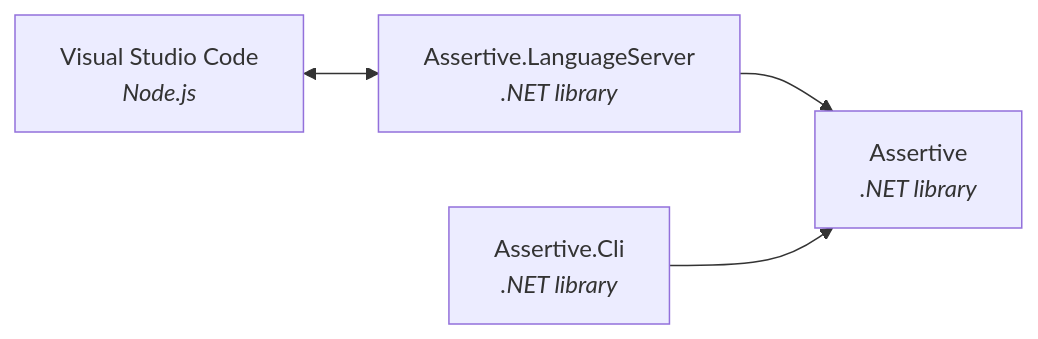
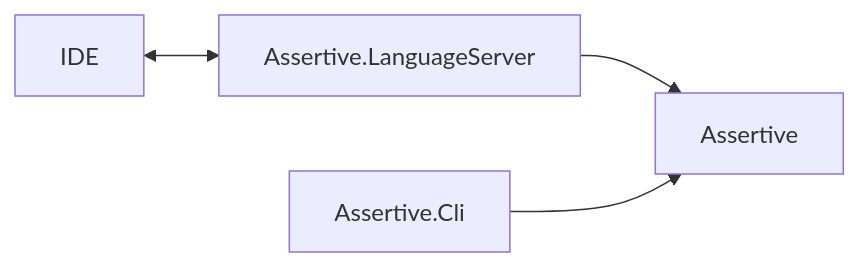
One commit to Jokelab/Assertive.Docs changed the diagram in Technology.md. Above: the diagram before and after it, drawn with Mermaid.

Commit message:
Update mermaid diagram

````diff
--- a/Technology.md
+++ b/Technology.md
@@ -9,20 +9,6 @@
 ```mermaid
 graph LR
- IDE["`Visual Studio Code
- _Node.js_`"]
-
-Assertive.LanguageServer["`Assertive.LanguageServer
-_.NET library_`"]
-
-
-Assertive["`Assertive
-_.NET library_`"]
-
-Assertive.Cli["`Assertive.Cli
-_.NET library_`"]
-
-
 IDE <--> Assertive.LanguageServer
 Assertive.LanguageServer --> Assertive
 Assertive.Cli --> Assertive
 ```
````
